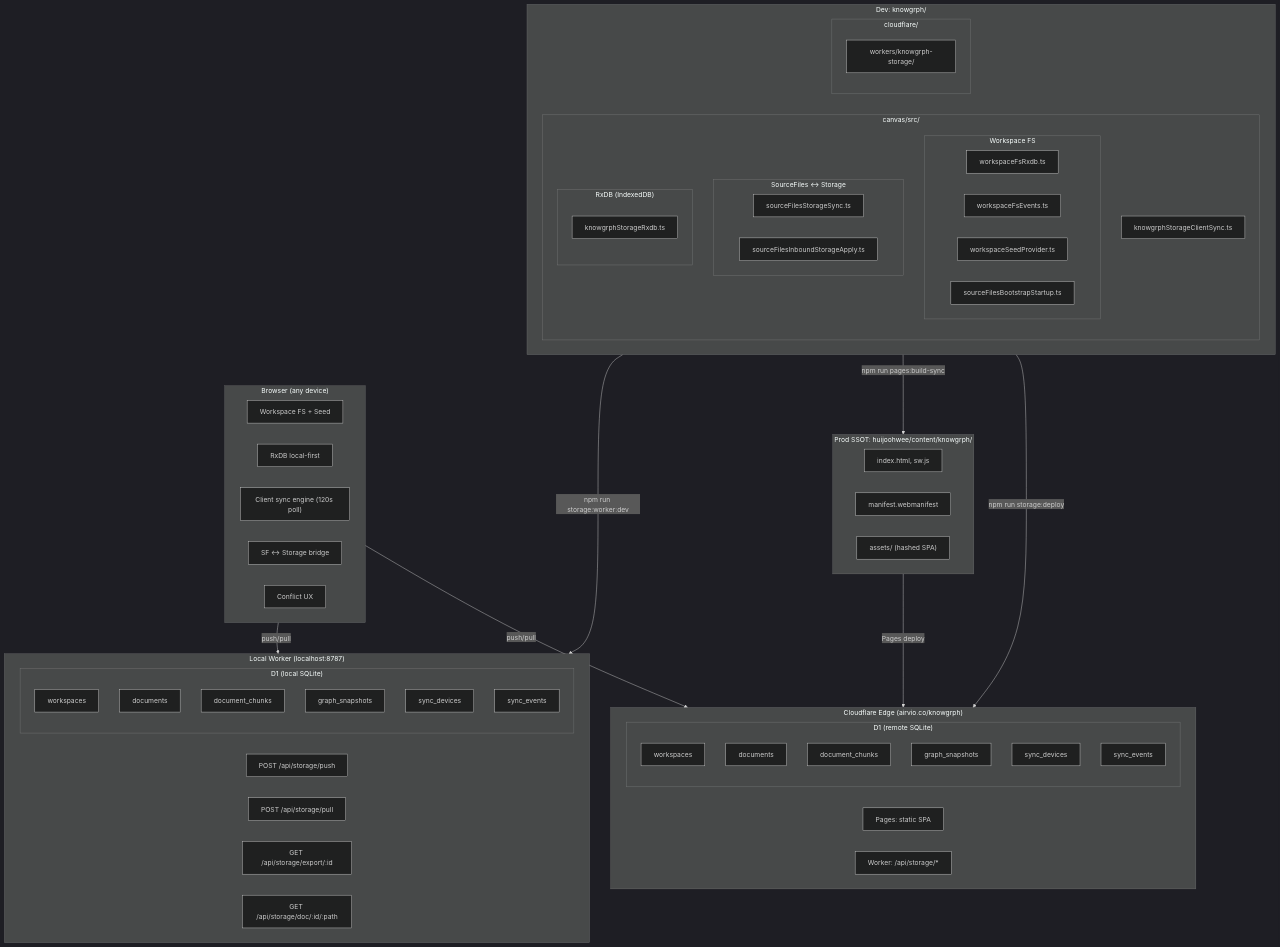
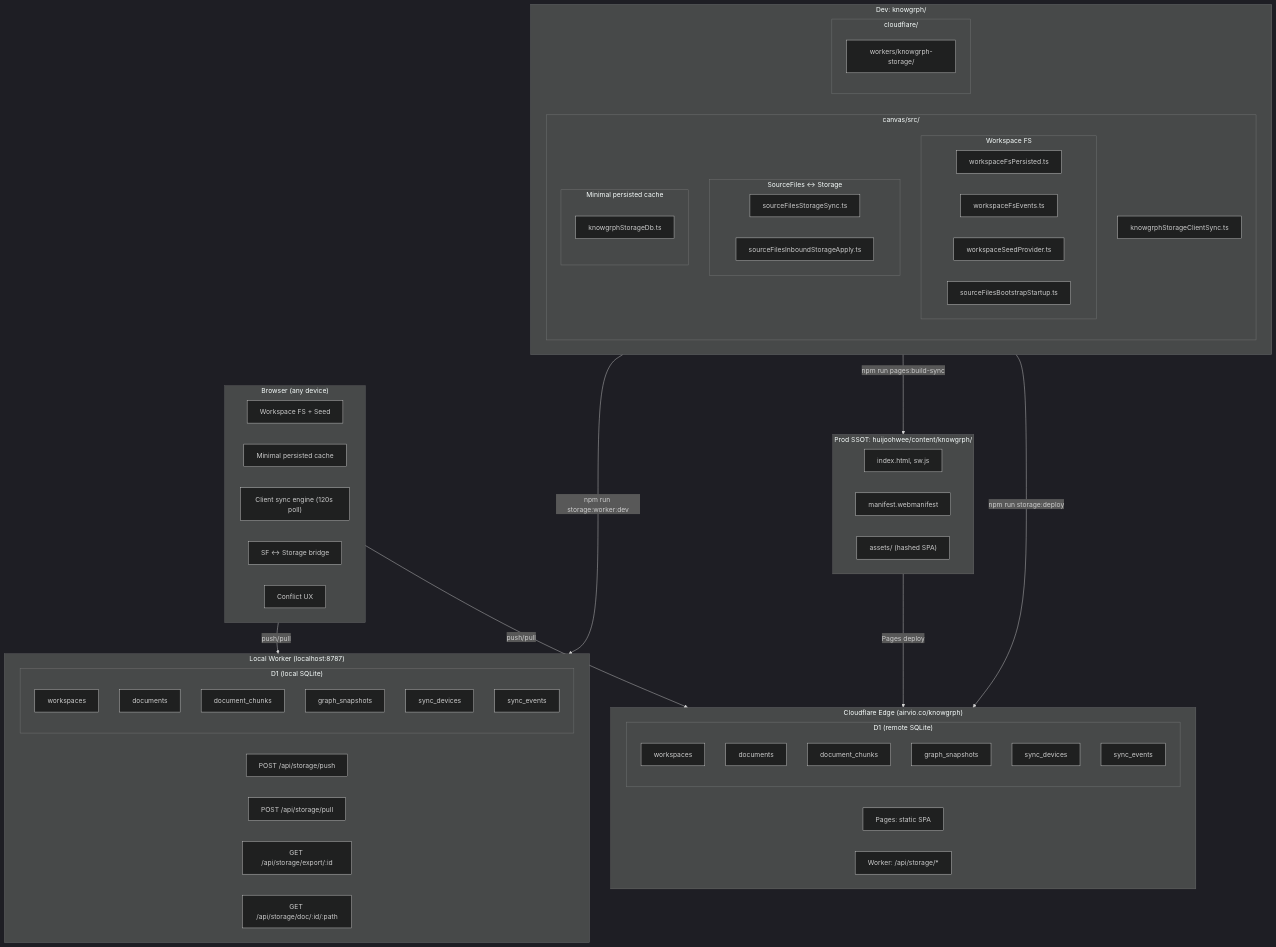
The second of 2 diagrams in docs/documents/knowgrph-storage-sync-document.md (huijoohwee/knowgrph), drawn with Mermaid (dark theme) before and after one commit. The commit also changed other lines of this file and 107 other files, not shown here.

First line of the commit message:
refactor: replace RxDB with minimal persisted cache storage

````diff
--- a/docs/documents/knowgrph-storage-sync-document.md
+++ b/docs/documents/knowgrph-storage-sync-document.md
@@ -212,75 +211,75 @@
 ```mermaid
 flowchart TB
     subgraph Dev["Dev: knowgrph/"]
         subgraph canvas["canvas/src/"]
             subgraph fs["Workspace FS"]
-                fsRxdb["workspaceFsRxdb.ts"]
+                fsPersisted["workspaceFsPersisted.ts"]
                 fsEvt["workspaceFsEvents.ts"]
                 seed["workspaceSeedProvider.ts"]
                 boot["sourceFilesBootstrapStartup.ts"]
             end
             subgraph bridge["SourceFiles ↔ Storage"]
                 sfSync["sourceFilesStorageSync.ts"]
                 sfInbound["sourceFilesInboundStorageApply.ts"]
             end
-            subgraph rxdb["RxDB (IndexedDB)"]
-                storageRxdb["knowgrphStorageRxdb.ts"]
+            subgraph browserCache["Minimal persisted cache"]
+                storageDb["knowgrphStorageDb.ts"]
             end
             syncEngine["knowgrphStorageClientSync.ts"]
         end
         subgraph cf["cloudflare/"]
             workerSrc["workers/knowgrph-storage/"]
         end
     end
 
     Dev -->|"npm run storage:worker:dev"| LocalWorker
     Dev -->|"npm run pages:build-sync"| ProdSSOT
     Dev -->|"npm run storage:deploy"| Edge
 
     subgraph LocalWorker["Local Worker (localhost:8787)"]
         push["POST /api/storage/push"]
         pull["POST /api/storage/pull"]
         export["GET /api/storage/export/:id"]
         docview["GET /api/storage/doc/:id/:path"]
         subgraph d1l["D1 (local SQLite)"]
             t1["workspaces"]
             t2["documents"]
             t3["document_chunks"]
             t4["graph_snapshots"]
             t5["sync_devices"]
             t6["sync_events"]
         end
     end
 
     subgraph ProdSSOT["Prod SSOT: huijoohwee/content/knowgrph/"]
         index["index.html, sw.js"]
         manifest["manifest.webmanifest"]
         assets["assets/ (hashed SPA)"]
     end
 
     ProdSSOT -->|"Pages deploy"| Edge
 
     subgraph Edge["Cloudflare Edge (airvio.co/knowgrph)"]
         pages["Pages: static SPA"]
         workerDeployed["Worker: /api/storage/*"]
         subgraph d1r["D1 (remote SQLite)"]
             r1["workspaces"]
             r2["documents"]
             r3["document_chunks"]
             r4["graph_snapshots"]
             r5["sync_devices"]
             r6["sync_events"]
         end
     end
 
     subgraph Browser["Browser (any device)"]
         bfs["Workspace FS + Seed"]
-        brxdb["RxDB local-first"]
+        bcache["Minimal persisted cache"]
         bsync["Client sync engine (120s poll)"]
         bbridge["SF ↔ Storage bridge"]
         bconflict["Conflict UX"]
     end
 
     Browser -->|"push/pull"| LocalWorker
     Browser -->|"push/pull"| Edge
 ```
````
